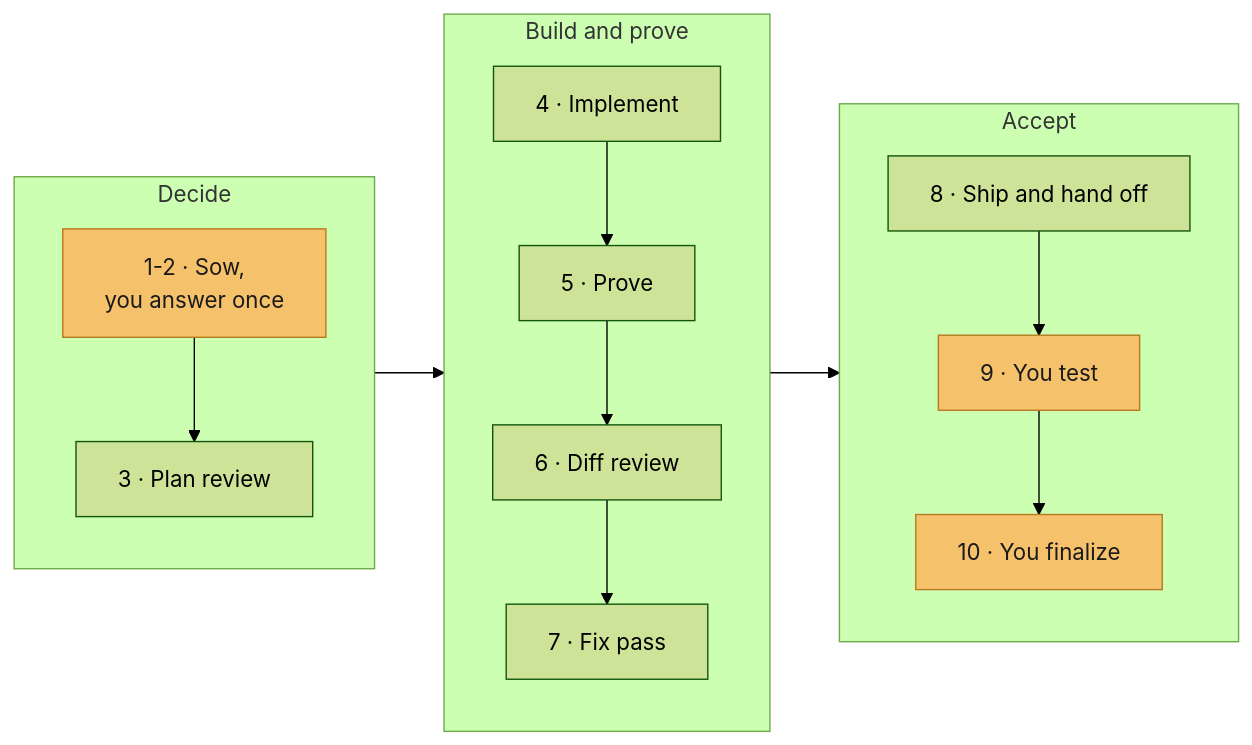
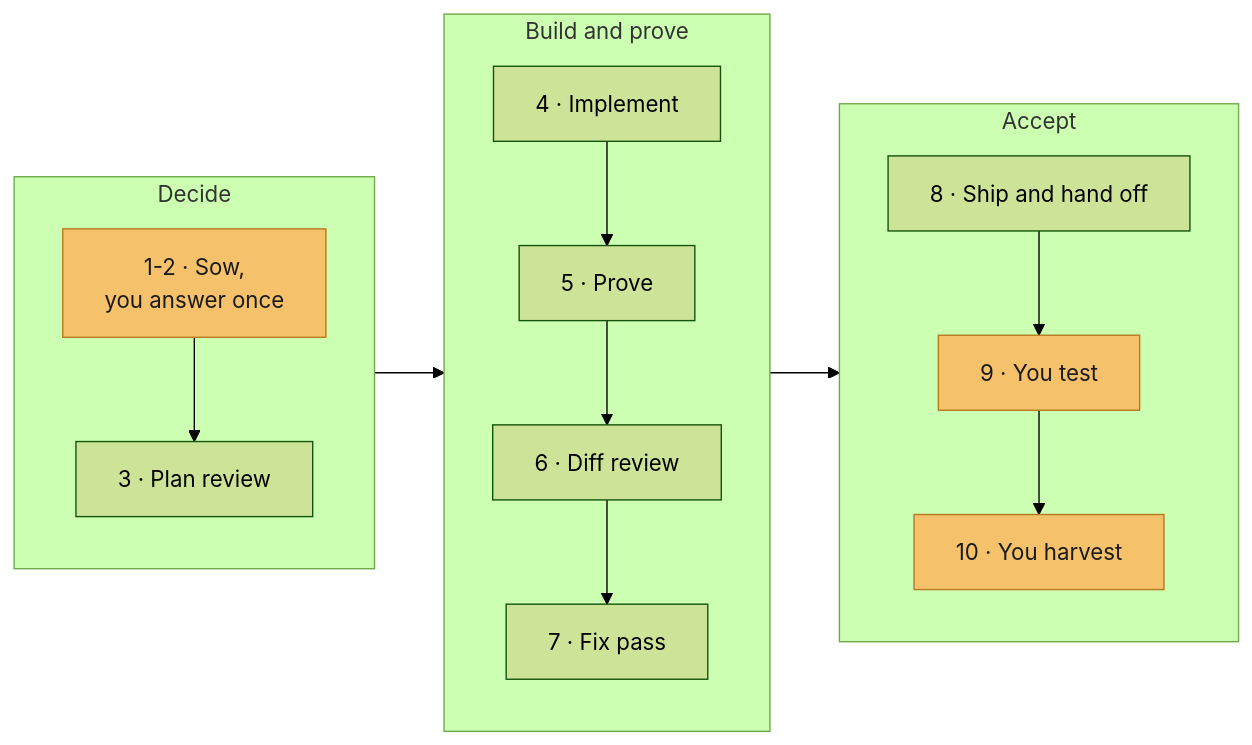
The second of 2 diagrams in docs/session-walkthrough.md (Ellebam/slop-meister), drawn with Mermaid (forest theme) before and after one commit. The commit also changed other lines of this file and 264 other files, not shown here.

````diff
--- a/docs/session-walkthrough.md
+++ b/docs/session-walkthrough.md
@@ -70,18 +70,18 @@
 ```mermaid
 flowchart LR
     subgraph decide["Decide"]
         direction TB
         S1["1-2 · Sow,<br/>you answer once"] --> S3["3 · Plan review"]
     end
     subgraph build["Build and prove"]
         direction TB
         S4["4 · Implement"] --> S5["5 · Prove"] --> S6["6 · Diff review"] --> S7["7 · Fix pass"]
     end
     subgraph accept["Accept"]
         direction TB
-        S8["8 · Ship and hand off"] --> S9["9 · You test"] --> S10["10 · You finalize"]
+        S8["8 · Ship and hand off"] --> S9["9 · You test"] --> S10["10 · You harvest"]
     end
     decide --> build --> accept
     classDef you fill:#f5c26b,stroke:#b7791f,color:#1a1a1a
     class S1,S9,S10 you
 ```
````
